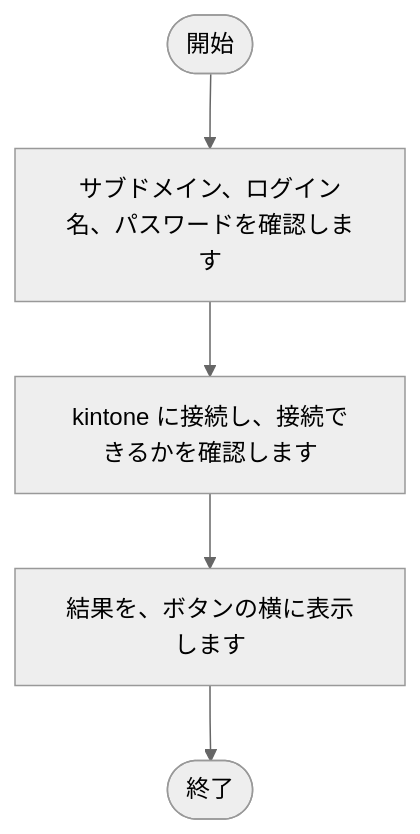
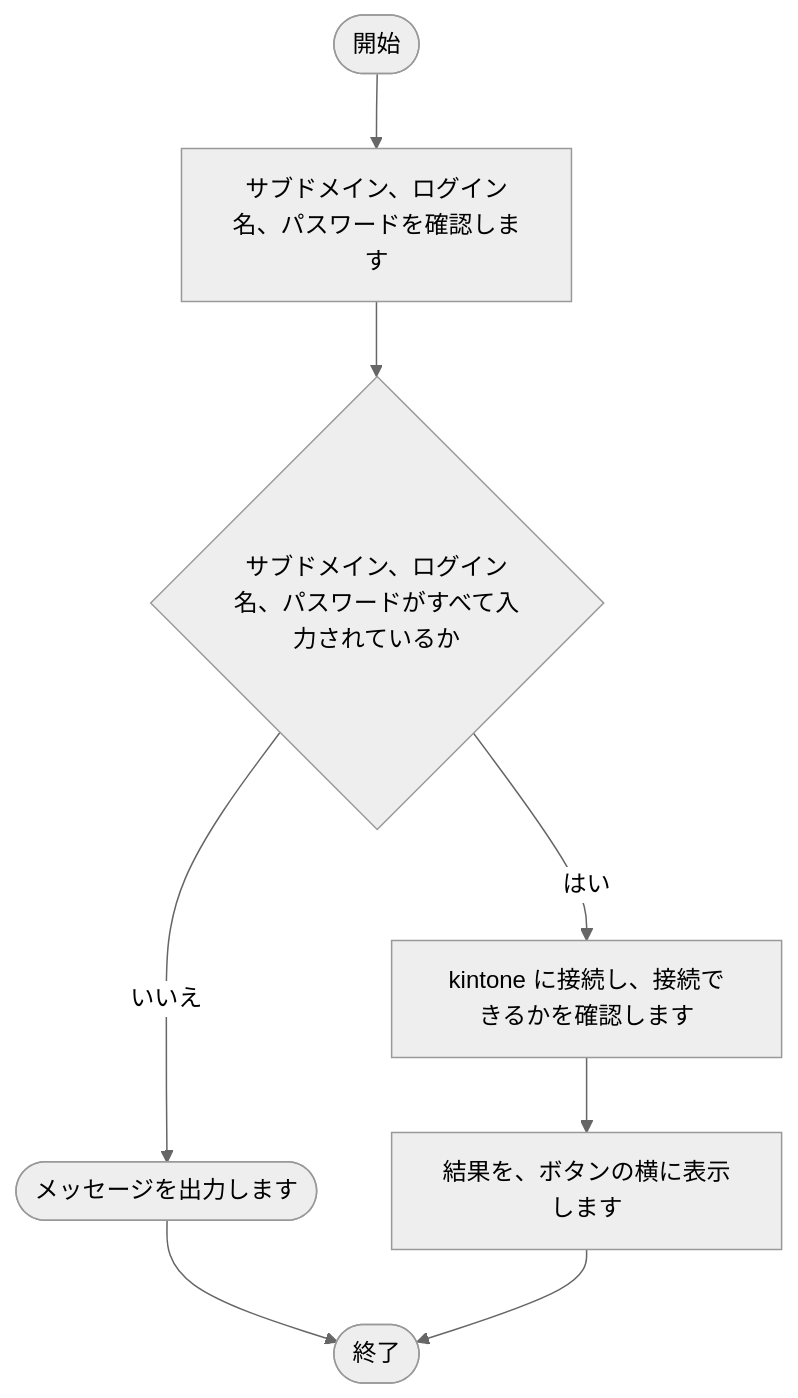
Before and after one commit to nishida2073/project_management: diagram 15 of 24 in tool/track-aggregator/doc/02_設計/処理フロー.md, drawn with Mermaid (neutral theme). The commit also changed other lines of this file and 16 other files, not shown here.

````diff
--- a/tool/track-aggregator/doc/02_設計/処理フロー.md
+++ b/tool/track-aggregator/doc/02_設計/処理フロー.md
@@ -340,12 +360,17 @@
 ```mermaid
 flowchart TD
     S(["開始"])
     E(["終了"])
     N1["サブドメイン、ログイン名、パスワードを確認します"]
     S --> N1
-    N2["kintone に接続し、接続できるかを確認します"]
+    N2{"サブドメイン、ログイン名、パスワードがすべて入力されているか"}
     N1 --> N2
-    N3["結果を、ボタンの横に表示します"]
-    N2 --> N3
-    N3 --> E
+    X2(["メッセージを出力します"])
+    N2 -- いいえ --> X2
+    X2 --> E
+    N3["kintone に接続し、接続できるかを確認します"]
+    N2 -- はい --> N3
+    N4["結果を、ボタンの横に表示します"]
+    N3 --> N4
+    N4 --> E
 ```
````
